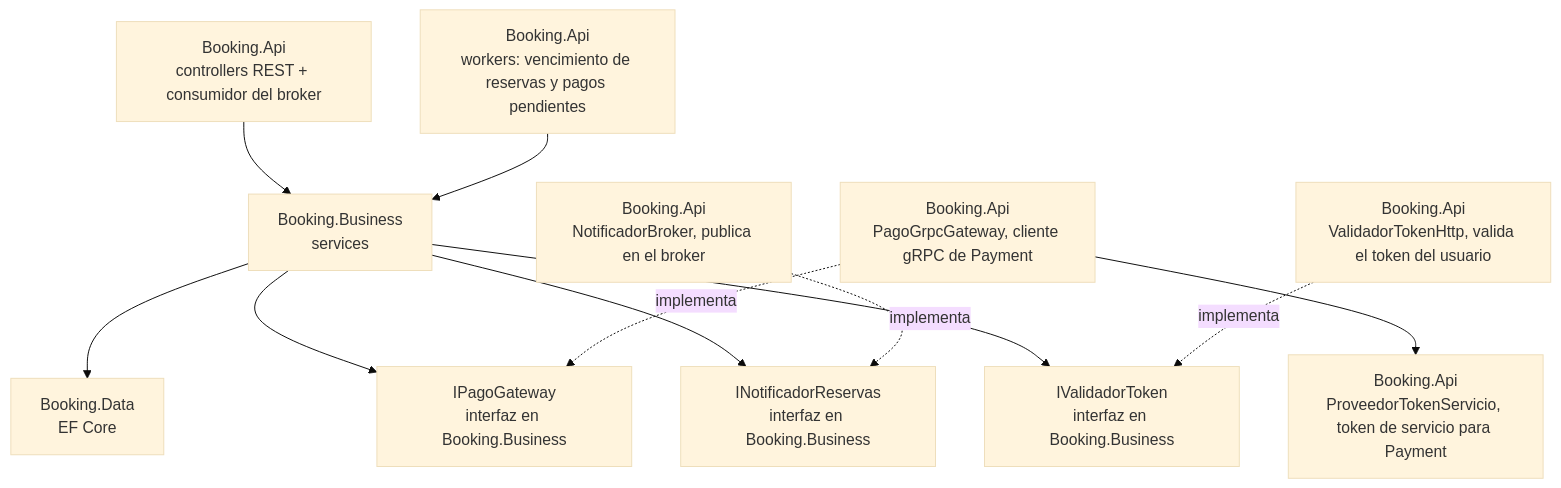
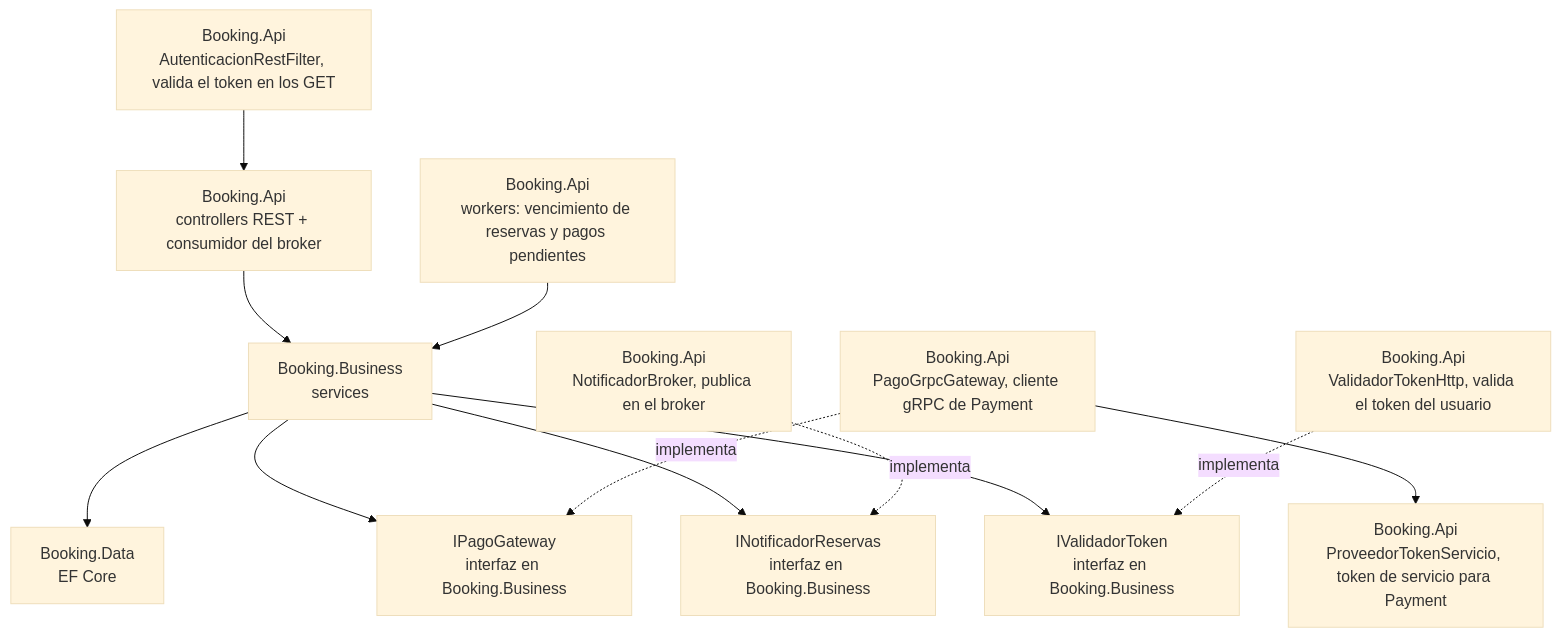
The third of 7 diagrams in README.md (mhuyema/tpProgra4_), drawn with Mermaid (base theme) before and after one commit. The commit also changed other lines of this file, not shown here.

Commit message:
README: autenticacion de los GET de Booking (3e), Booking sin redireccion a HTTPS y Mailpit con VS

````diff
--- a/README.md
+++ b/README.md
@@ -113,13 +113,14 @@
 ```mermaid
 flowchart TB
+    F[Booking.Api<br/>AutenticacionRestFilter, valida el token en los GET] --> A
     A[Booking.Api<br/>controllers REST + consumidor del broker] --> S[Booking.Business<br/>services]
     W[Booking.Api<br/>workers: vencimiento de reservas y pagos pendientes] --> S
     S --> D[Booking.Data<br/>EF Core]
     S --> I[IPagoGateway<br/>interfaz en Booking.Business]
     G[Booking.Api<br/>PagoGrpcGateway, cliente gRPC de Payment] -. implementa .-> I
     S --> N[INotificadorReservas<br/>interfaz en Booking.Business]
     NB[Booking.Api<br/>NotificadorBroker, publica en el broker] -. implementa .-> N
     S --> V[IValidadorToken<br/>interfaz en Booking.Business]
     VH[Booking.Api<br/>ValidadorTokenHttp, valida el token del usuario] -. implementa .-> V
     G --> T[Booking.Api<br/>ProveedorTokenServicio, token de servicio para Payment]
 ```
````
